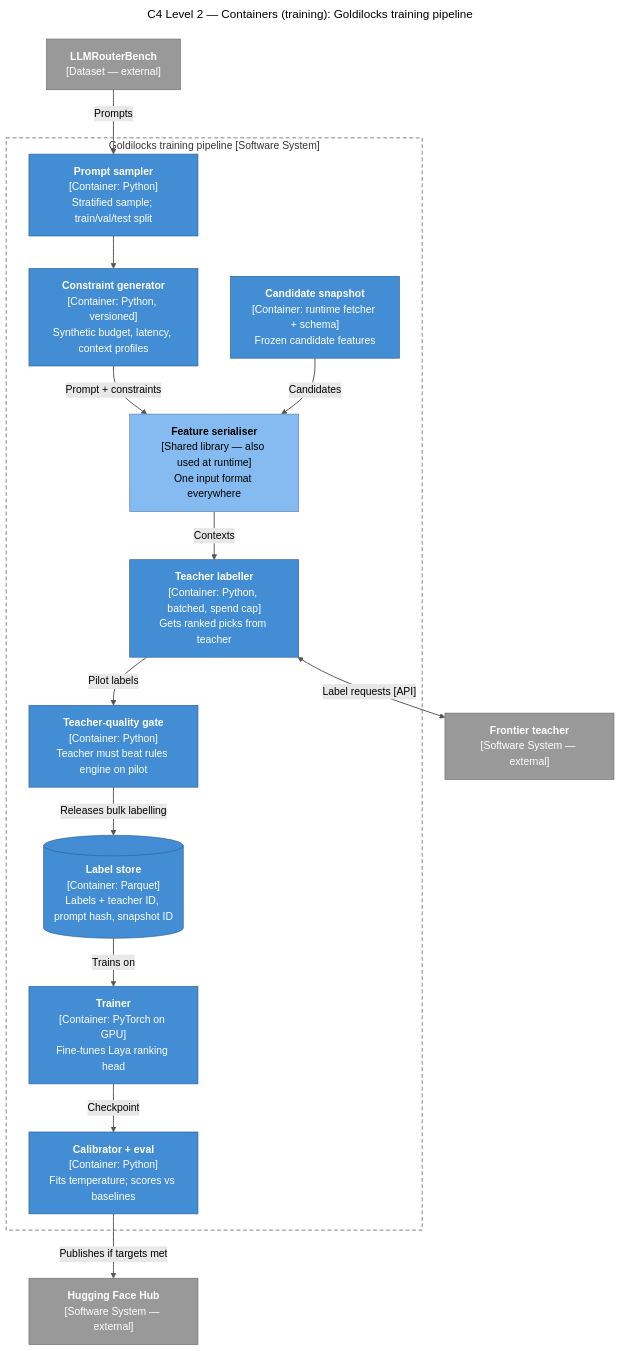
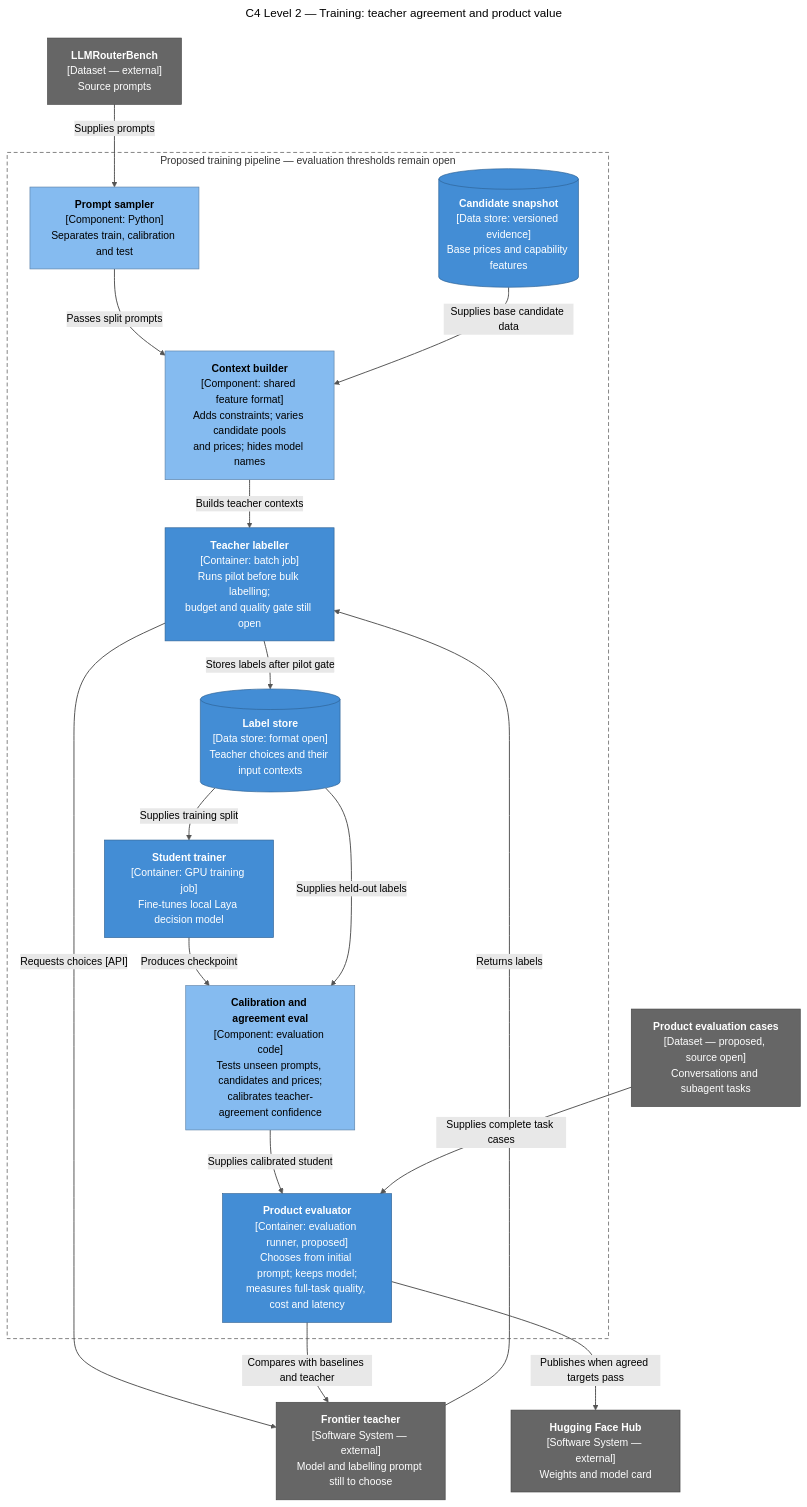
The diagram in docs/diagrams/src/c4-container-training.mmd (mani2001/goldilocks), drawn with Mermaid (forest theme) before and after one commit. The commit also changed 52 other files, not shown here.

```diff
--- a/docs/diagrams/src/c4-container-training.mmd
+++ b/docs/diagrams/src/c4-container-training.mmd
@@ -1,36 +1,39 @@
 ---
-title: "C4 Level 2 — Containers (training): Goldilocks training pipeline"
+title: "C4 Level 2 — Training: teacher agreement and product value"
 ---
 flowchart TB
-  bench["<b>LLMRouterBench</b><br/>[Dataset — external]"]:::ext
-  teacher["<b>Frontier teacher</b><br/>[Software System — external]"]:::ext
-  hf["<b>Hugging Face Hub</b><br/>[Software System — external]"]:::ext
-  subgraph pipe["Goldilocks training pipeline [Software System]"]
-    sampler["<b>Prompt sampler</b><br/>[Container: Python]<br/>Stratified sample; train/val/test split"]:::cont
-    profiles["<b>Constraint generator</b><br/>[Container: Python, versioned]<br/>Synthetic budget, latency, context profiles"]:::cont
-    snapshot["<b>Candidate snapshot</b><br/>[Container: runtime fetcher + schema]<br/>Frozen candidate features"]:::cont
-    serial["<b>Feature serialiser</b><br/>[Shared library — also used at runtime]<br/>One input format everywhere"]:::comp
-    labeller["<b>Teacher labeller</b><br/>[Container: Python, batched, spend cap]<br/>Gets ranked picks from teacher"]:::cont
-    gate["<b>Teacher-quality gate</b><br/>[Container: Python]<br/>Teacher must beat rules engine on pilot"]:::cont
-    labels[("<b>Label store</b><br/>[Container: Parquet]<br/>Labels + teacher ID, prompt hash, snapshot ID")]:::cont
-    trainer["<b>Trainer</b><br/>[Container: PyTorch on GPU]<br/>Fine-tunes Laya ranking head"]:::cont
-    calib["<b>Calibrator + eval</b><br/>[Container: Python]<br/>Fits temperature; scores vs baselines"]:::cont
+  bench["<b>LLMRouterBench</b><br/>[Dataset — external]<br/>Source prompts"]:::ext
+  teacher["<b>Frontier teacher</b><br/>[Software System — external]<br/>Model and labelling prompt still to choose"]:::ext
+  hf["<b>Hugging Face Hub</b><br/>[Software System — external]<br/>Weights and model card"]:::ext
+  cases["<b>Product evaluation cases</b><br/>[Dataset — proposed, source open]<br/>Conversations and subagent tasks"]:::ext
+  subgraph pipe["Proposed training pipeline — evaluation thresholds remain open"]
+    sampler["<b>Prompt sampler</b><br/>[Component: Python]<br/>Separates train, calibration and test"]:::comp
+    profiles["<b>Context builder</b><br/>[Component: shared feature format]<br/>Adds constraints; varies candidate pools<br/>and prices; hides model names"]:::comp
+    snapshot[("<b>Candidate snapshot</b><br/>[Data store: versioned evidence]<br/>Base prices and capability features")]:::cont
+    labeller["<b>Teacher labeller</b><br/>[Container: batch job]<br/>Runs pilot before bulk labelling;<br/>budget and quality gate still open"]:::cont
+    labels[("<b>Label store</b><br/>[Data store: format open]<br/>Teacher choices and their input contexts")]:::cont
+    trainer["<b>Student trainer</b><br/>[Container: GPU training job]<br/>Fine-tunes local Laya decision model"]:::cont
+    calib["<b>Calibration and agreement eval</b><br/>[Component: evaluation code]<br/>Tests unseen prompts, candidates and prices;<br/>calibrates teacher-agreement confidence"]:::comp
+    product["<b>Product evaluator</b><br/>[Container: evaluation runner, proposed]<br/>Chooses from initial prompt; keeps model;<br/>measures full-task quality, cost and latency"]:::cont
   end
-  bench -->|"Prompts"| sampler
-  sampler --> profiles
-  profiles -->|"Prompt + constraints"| serial
-  snapshot -->|"Candidates"| serial
-  serial -->|"Contexts"| labeller
-  labeller <-->|"Label requests [API]"| teacher
-  labeller -->|"Pilot labels"| gate
-  gate -->|"Releases bulk labelling"| labels
-  labels -->|"Trains on"| trainer
-  trainer -->|"Checkpoint"| calib
-  calib -->|"Publishes if targets met"| hf
+  bench -->|"Supplies prompts"| sampler
+  sampler -->|"Passes split prompts"| profiles
+  snapshot -->|"Supplies base candidate data"| profiles
+  profiles -->|"Builds teacher contexts"| labeller
+  labeller -->|"Requests choices [API]"| teacher
+  teacher -->|"Returns labels"| labeller
+  labeller -->|"Stores labels after pilot gate"| labels
+  labels -->|"Supplies training split"| trainer
+  trainer -->|"Produces checkpoint"| calib
+  labels -->|"Supplies held-out labels"| calib
+  calib -->|"Supplies calibrated student"| product
+  cases -->|"Supplies complete task cases"| product
+  product -->|"Compares with baselines and teacher"| teacher
+  product -->|"Publishes when agreed targets pass"| hf
   style pipe fill:none,stroke:#444,stroke-dasharray:6 4
   classDef person fill:#08427B,stroke:#052E56,color:#fff
   classDef sys fill:#1168BD,stroke:#0B4884,color:#fff
-  classDef ext fill:#999999,stroke:#6B6B6B,color:#fff
+  classDef ext fill:#666666,stroke:#444444,color:#fff
   classDef cont fill:#438DD5,stroke:#2E6295,color:#fff
   classDef comp fill:#85BBF0,stroke:#5D82A8,color:#000
   linkStyle default stroke:#555,stroke-width:1.5px
```
